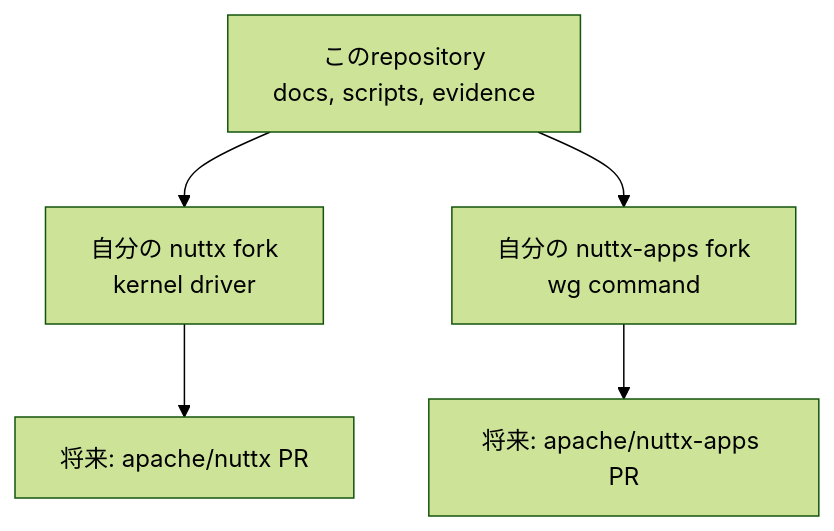
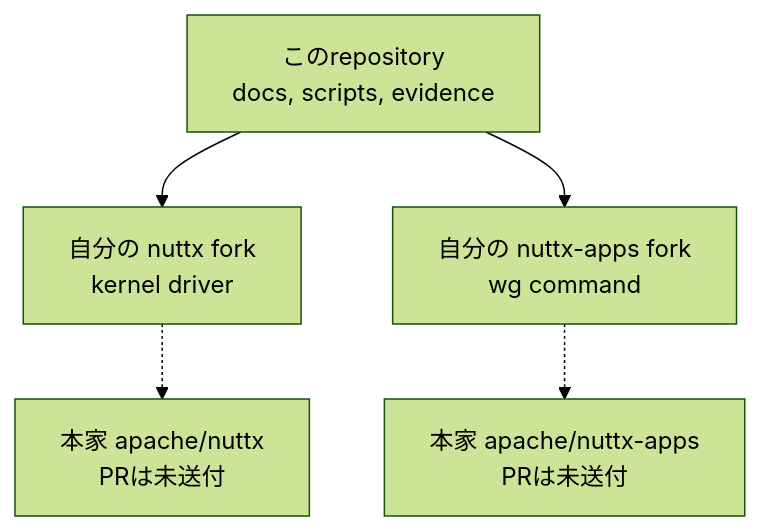
The fifth of 9 diagrams in docs/presentation/coc-glasgow-beginner-guide-ja.md (wwlapaki310/gsoc2026-nuttx-wireguard), drawn with Mermaid (forest theme) before and after one commit. The commit also changed other lines of this file and 12 other files, not shown here.

````diff
--- a/docs/presentation/coc-glasgow-beginner-guide-ja.md
+++ b/docs/presentation/coc-glasgow-beginner-guide-ja.md
@@ -853,7 +853,7 @@
 ```mermaid
 flowchart TD
     G[このrepository<br/>docs, scripts, evidence] --> N[自分の nuttx fork<br/>kernel driver]
     G --> A[自分の nuttx-apps fork<br/>wg command]
-    N --> UN[将来: apache/nuttx PR]
-    A --> UA[将来: apache/nuttx-apps PR]
+    N -.-> UN[本家 apache/nuttx<br/>PRは未送付]
+    A -.-> UA[本家 apache/nuttx-apps<br/>PRは未送付]
 ```
````
